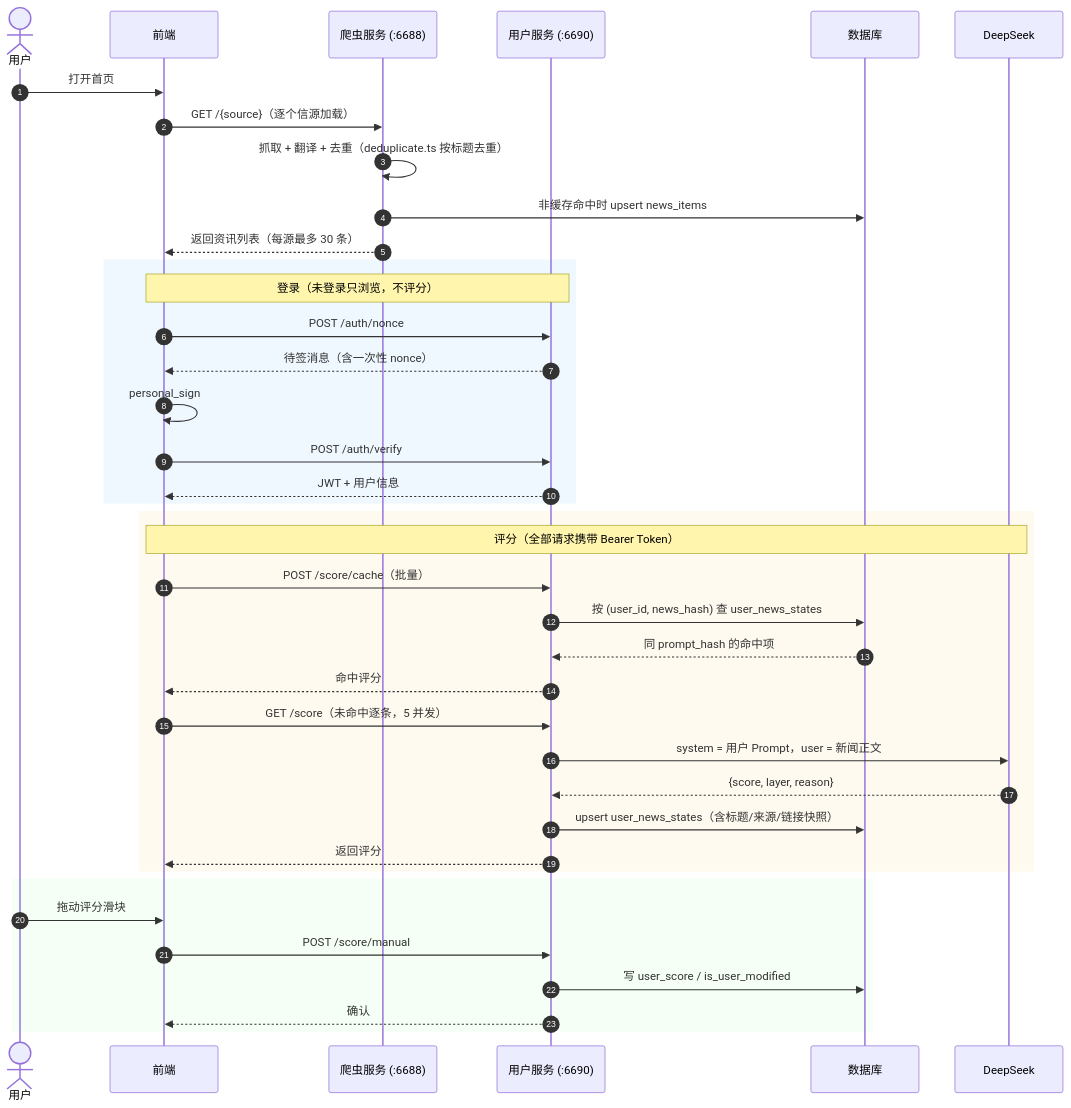
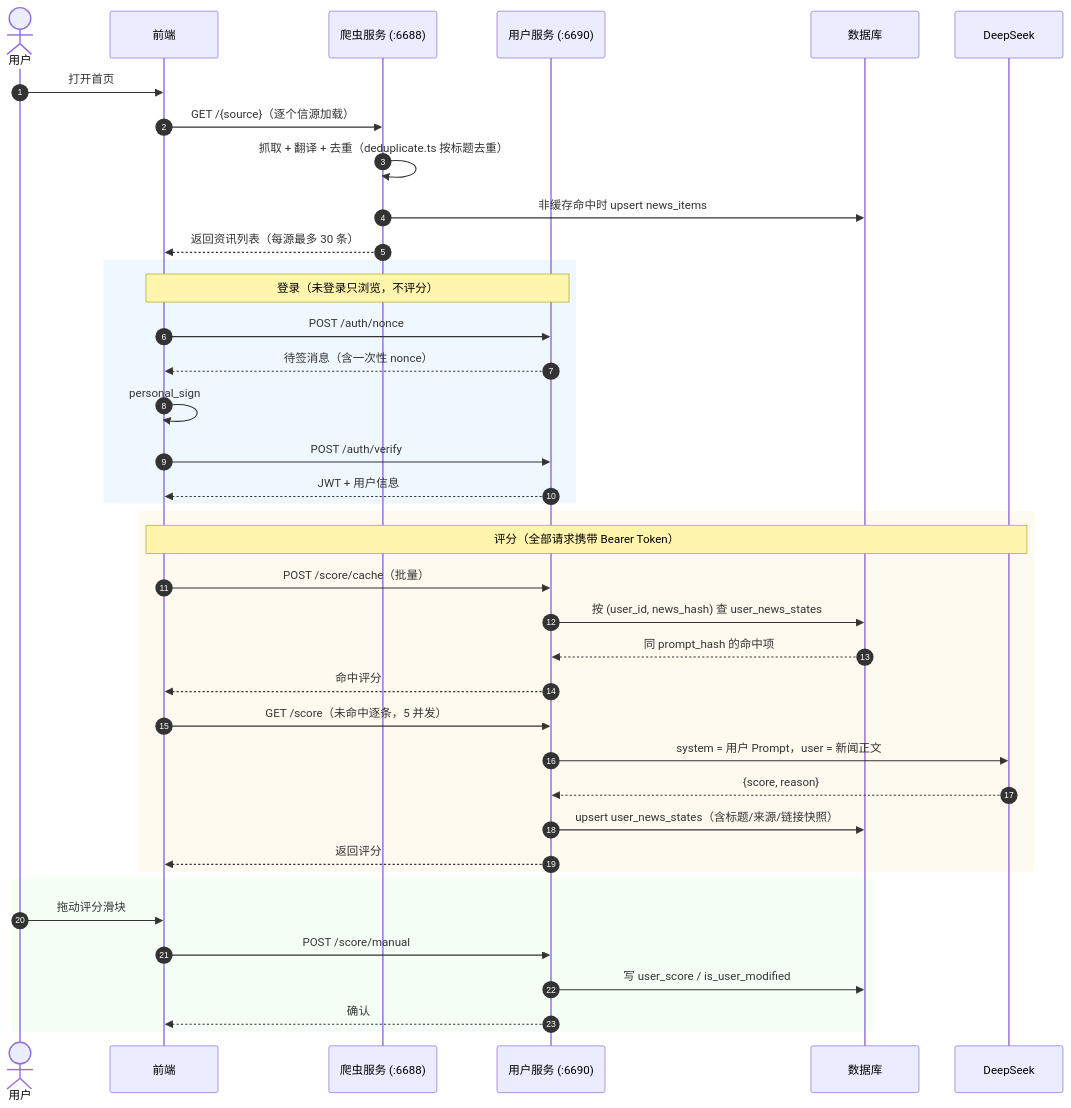
The second of 2 diagrams in frontend/AGENTS.md (g39088902/dailyforyou), drawn with Mermaid before and after one commit. The commit also changed other lines of this file and 24 other files, not shown here.

````diff
--- a/frontend/AGENTS.md
+++ b/frontend/AGENTS.md
@@ -106,45 +106,45 @@
 ```mermaid
 sequenceDiagram
     autonumber
     actor User as 用户
     participant Front as 前端
     participant Crawler as 爬虫服务 (:6688)
     participant UserSvc as 用户服务 (:6690)
     participant DB as 数据库
     participant LLM as DeepSeek
 
     User->>Front: 打开首页
     Front->>Crawler: GET /{source}（逐个信源加载）
     Crawler->>Crawler: 抓取 + 翻译 + 去重（deduplicate.ts 按标题去重）
     Crawler->>DB: 非缓存命中时 upsert news_items
     Crawler-->>Front: 返回资讯列表（每源最多 30 条）
 
     rect rgb(240, 248, 255)
     Note over Front,UserSvc: 登录（未登录只浏览，不评分）
     Front->>UserSvc: POST /auth/nonce
     UserSvc-->>Front: 待签消息（含一次性 nonce）
     Front->>Front: personal_sign
     Front->>UserSvc: POST /auth/verify
     UserSvc-->>Front: JWT + 用户信息
     end
 
     rect rgb(255, 250, 240)
     Note over Front,LLM: 评分（全部请求携带 Bearer Token）
     Front->>UserSvc: POST /score/cache（批量）
     UserSvc->>DB: 按 (user_id, news_hash) 查 user_news_states
     DB-->>UserSvc: 同 prompt_hash 的命中项
     UserSvc-->>Front: 命中评分
     Front->>UserSvc: GET /score（未命中逐条，5 并发）
     UserSvc->>LLM: system = 用户 Prompt，user = 新闻正文
-    LLM-->>UserSvc: {score, layer, reason}
+    LLM-->>UserSvc: {score, reason}
     UserSvc->>DB: upsert user_news_states（含标题/来源/链接快照）
     UserSvc-->>Front: 返回评分
     end
 
     rect rgb(245, 255, 245)
     User->>Front: 拖动评分滑块
     Front->>UserSvc: POST /score/manual
     UserSvc->>DB: 写 user_score / is_user_modified
     UserSvc-->>Front: 确认
     end
 ```
````
